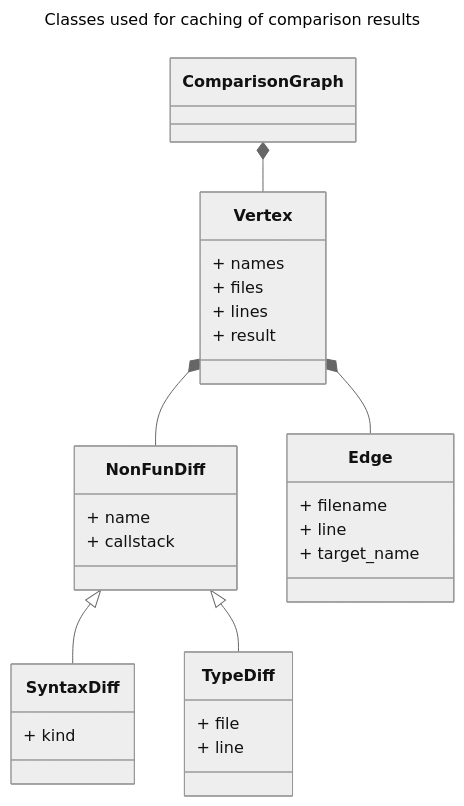
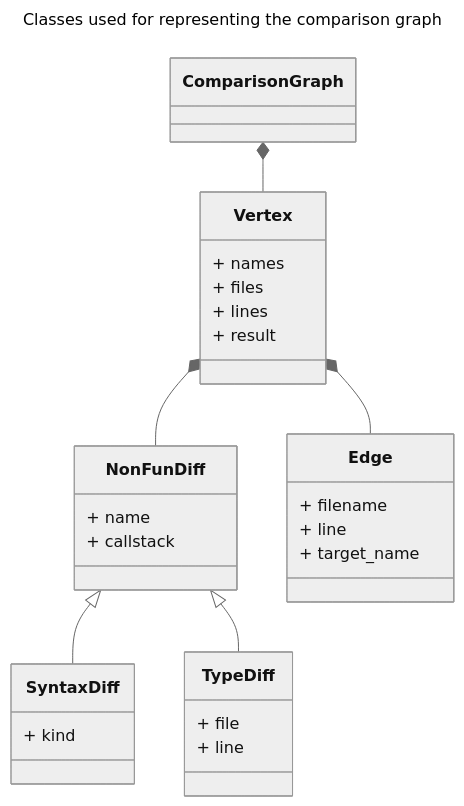
One commit to PLukas2018/diffkemp changed the seventh of 10 diagrams in docs/architecture.md. Above: the diagram before and after it, drawn with Mermaid (neutral theme). The commit also changed other lines of this file, not shown here.

````diff
--- a/docs/architecture.md
+++ b/docs/architecture.md
@@ -238,36 +431,36 @@
 ```mermaid
 ---
-# This code renders an image, which does not show on the GitHub app, use a browser
-# to see the image.
-title: Classes used for caching of comparison results
+# This code renders an image, which does not show on the GitHub app, use
+# a browser to see the image.
+title: Classes used for representing the comparison graph
 ---
 classDiagram
   direction TB
   ComparisonGraph *-- Vertex
   Vertex *-- NonFunDiff
   Vertex *-- Edge
   NonFunDiff <|-- SyntaxDiff
   NonFunDiff <|-- TypeDiff
   class Vertex {
     + names
     + files
     + lines
     + result
   }
   class Edge {
     + filename
     + line
     + target_name
   }
   class NonFunDiff {
     + name
     + callstack
   }
   class SyntaxDiff {
     + kind
   }
   class TypeDiff {
     + file
     + line
   }
 ```
````
